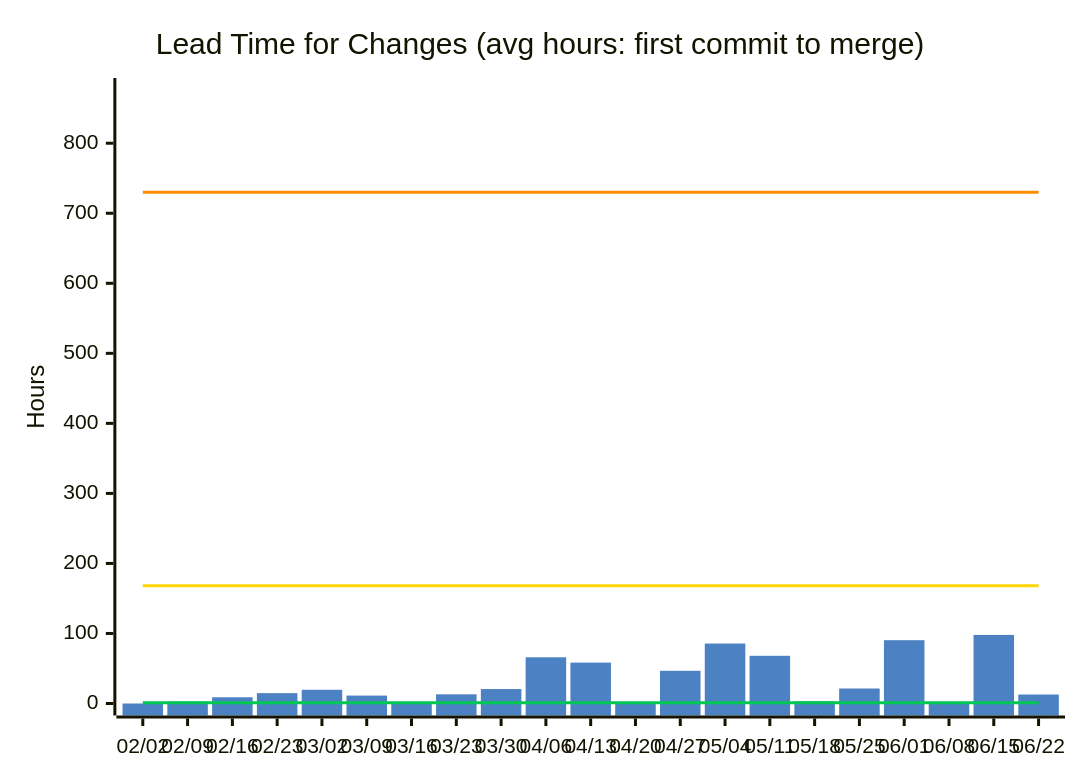
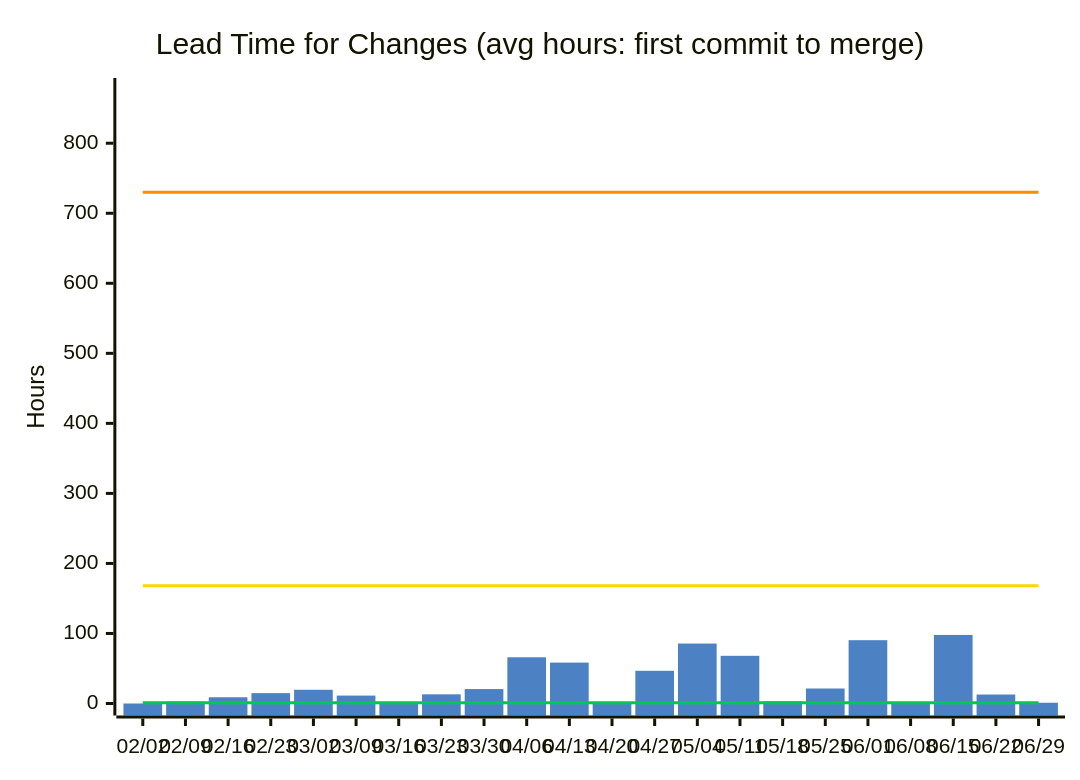
The second of 14 diagrams in docs/metrics.md (nablarch/nabledge-dev), drawn with Mermaid before and after one commit. The commit also changed other lines of this file and 2 other files, not shown here.

````diff
--- a/docs/metrics.md
+++ b/docs/metrics.md
@@ -49,11 +49,11 @@
 ```mermaid
 %%{init: {'theme': 'base', 'themeVariables': {'xyChart': {'plotColorPalette': '#4C82C3,#00C853,#FFD600,#FF8C00'}}}}%%
 xychart-beta
   title "Lead Time for Changes (avg hours: first commit to merge)"
-  x-axis ["02/02", "02/09", "02/16", "02/23", "03/02", "03/09", "03/16", "03/23", "03/30", "04/06", "04/13", "04/20", "04/27", "05/04", "05/11", "05/18", "05/25", "06/01", "06/08", "06/15", "06/22"]
+  x-axis ["02/02", "02/09", "02/16", "02/23", "03/02", "03/09", "03/16", "03/23", "03/30", "04/06", "04/13", "04/20", "04/27", "05/04", "05/11", "05/18", "05/25", "06/01", "06/08", "06/15", "06/22", "06/29"]
   y-axis "Hours" 0 --> 876
-  bar [0, 2.7, 8.9, 14.8, 19.6, 11.3, 0, 13.1, 20.6, 66, 58.4, 0.1, 46.7, 85.6, 68.1, 3.1, 21.4, 90.4, 0, 97.9, 12.8]
-  line [1, 1, 1, 1, 1, 1, 1, 1, 1, 1, 1, 1, 1, 1, 1, 1, 1, 1, 1, 1, 1]
-  line [168, 168, 168, 168, 168, 168, 168, 168, 168, 168, 168, 168, 168, 168, 168, 168, 168, 168, 168, 168, 168]
-  line [730, 730, 730, 730, 730, 730, 730, 730, 730, 730, 730, 730, 730, 730, 730, 730, 730, 730, 730, 730, 730]
+  bar [0, 2.7, 8.9, 14.8, 19.6, 11.3, 0, 13.1, 20.6, 66, 58.4, 0.1, 46.7, 85.6, 68.1, 3.1, 21.4, 90.4, 0, 97.9, 12.8, 1.1]
+  line [1, 1, 1, 1, 1, 1, 1, 1, 1, 1, 1, 1, 1, 1, 1, 1, 1, 1, 1, 1, 1, 1]
+  line [168, 168, 168, 168, 168, 168, 168, 168, 168, 168, 168, 168, 168, 168, 168, 168, 168, 168, 168, 168, 168, 168]
+  line [730, 730, 730, 730, 730, 730, 730, 730, 730, 730, 730, 730, 730, 730, 730, 730, 730, 730, 730, 730, 730, 730]
 ```
````
